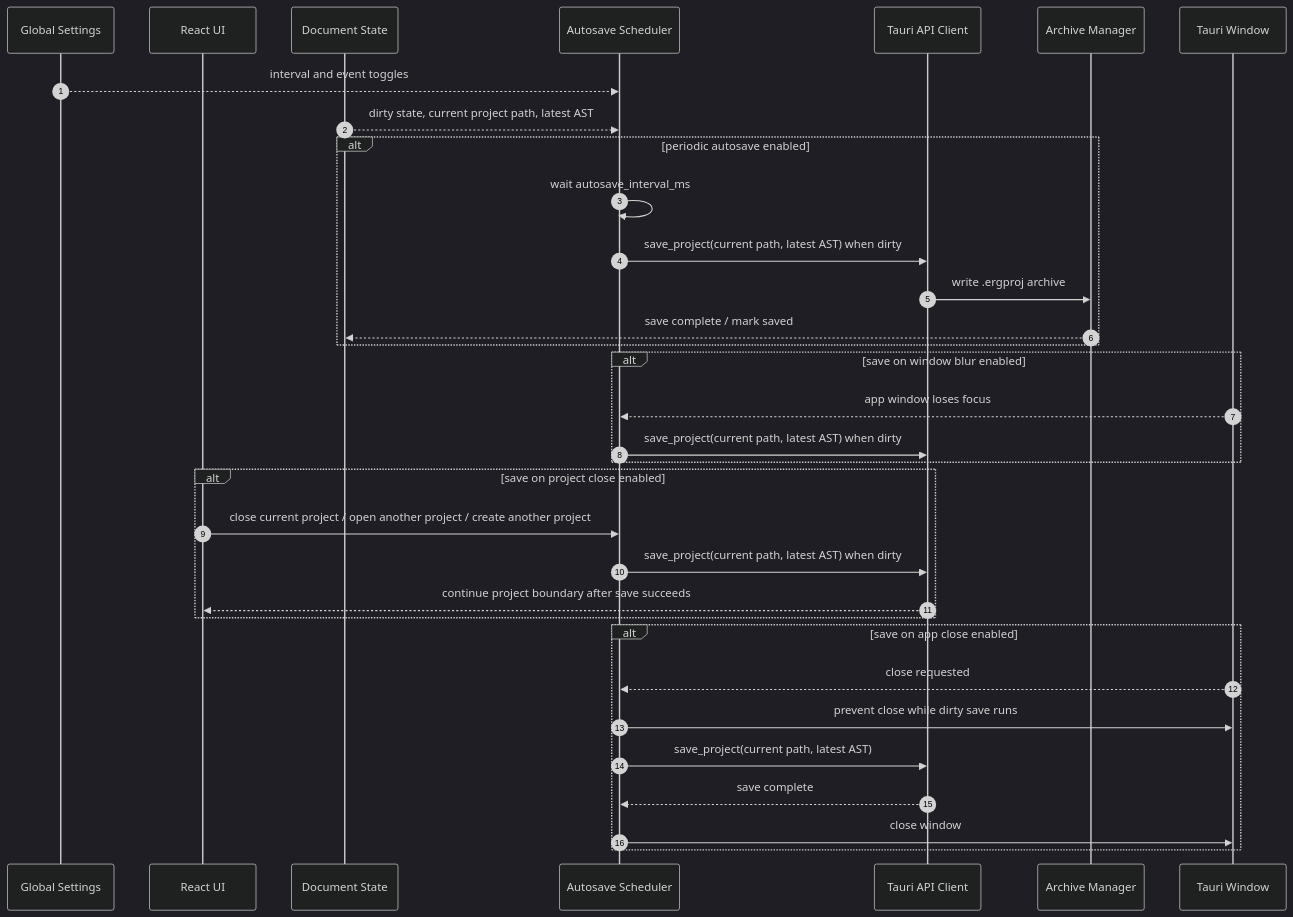
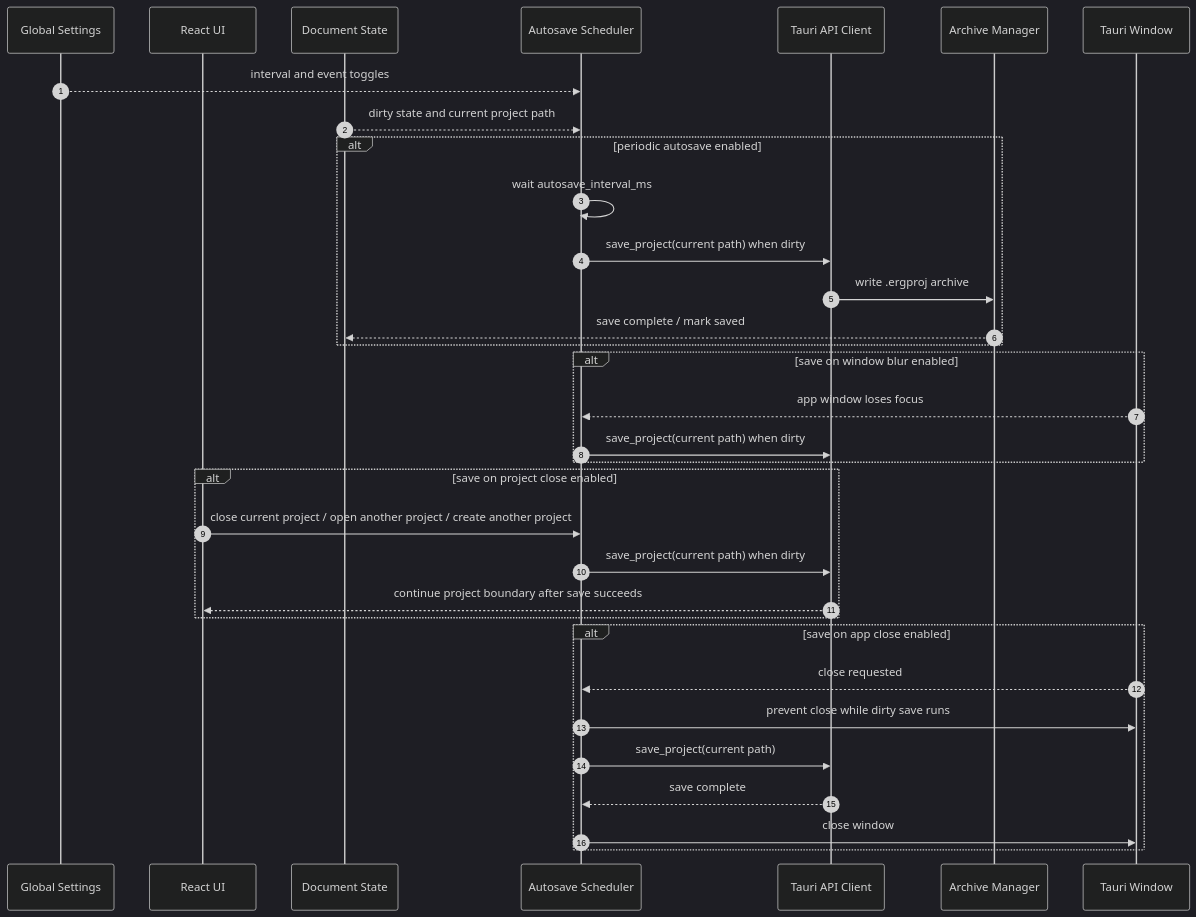
The sixth of 11 diagrams in context/sequence-diagrams.md (andmoreduro/ergo), drawn with Mermaid (dark theme) before and after one commit. The commit also changed other lines of this file and 5 other files, not shown here.

First line of the commit message:
docs: update context diagrams for decoupled architecture

````diff
--- a/context/sequence-diagrams.md
+++ b/context/sequence-diagrams.md
@@ -181,41 +216,41 @@
 ```mermaid
 sequenceDiagram
     autonumber
 
     participant Settings as Global Settings
     participant UI as React UI
     participant State as Document State
     participant Autosave as Autosave Scheduler
     participant API as Tauri API Client
     participant Archive as Archive Manager
     participant Window as Tauri Window
 
     Settings-->>Autosave: interval and event toggles
-    State-->>Autosave: dirty state, current project path, latest AST
+    State-->>Autosave: dirty state and current project path
 
     alt periodic autosave enabled
         Autosave->>Autosave: wait autosave_interval_ms
-        Autosave->>API: save_project(current path, latest AST) when dirty
+        Autosave->>API: save_project(current path) when dirty
         API->>Archive: write .ergproj archive
         Archive-->>State: save complete / mark saved
     end
 
     alt save on window blur enabled
         Window-->>Autosave: app window loses focus
-        Autosave->>API: save_project(current path, latest AST) when dirty
+        Autosave->>API: save_project(current path) when dirty
     end
 
     alt save on project close enabled
         UI->>Autosave: close current project / open another project / create another project
-        Autosave->>API: save_project(current path, latest AST) when dirty
+        Autosave->>API: save_project(current path) when dirty
         API-->>UI: continue project boundary after save succeeds
     end
 
     alt save on app close enabled
         Window-->>Autosave: close requested
         Autosave->>Window: prevent close while dirty save runs
-        Autosave->>API: save_project(current path, latest AST)
+        Autosave->>API: save_project(current path)
         API-->>Autosave: save complete
         Autosave->>Window: close window
     end
 ```
````
